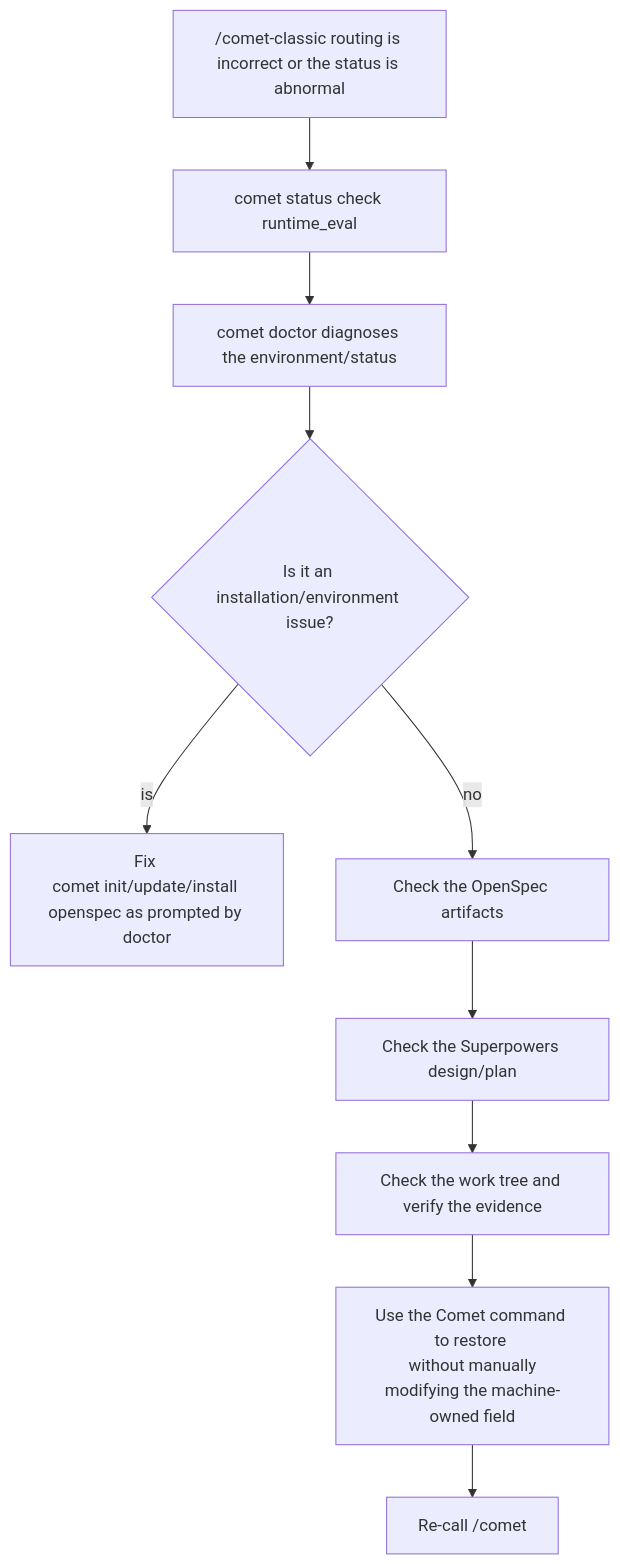
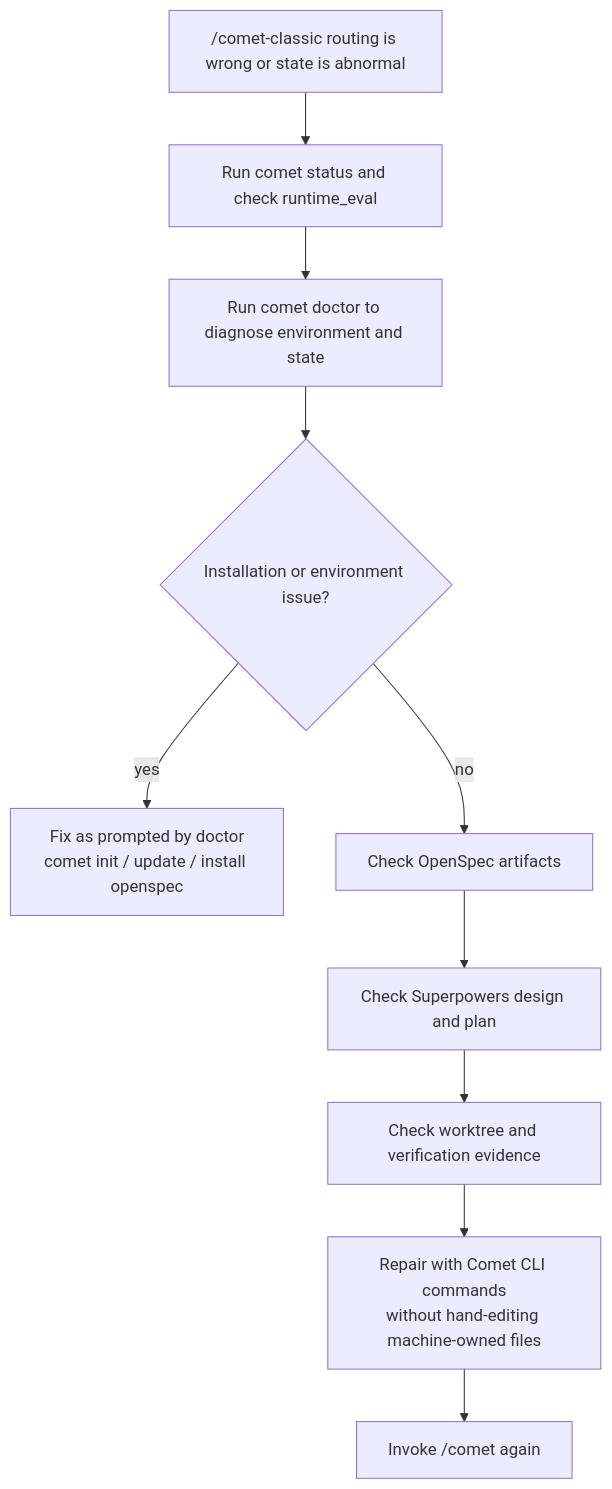
Before and after one commit to rpamis/comet-website-docs: the diagram in en/guides/state-recovery.mdx, drawn with Mermaid. The commit also changed other lines of this file and 88 other files, not shown here.

````diff
--- a/en/guides/state-recovery.mdx
+++ b/en/guides/state-recovery.mdx
@@ -87,12 +88,12 @@
 ```mermaid
 flowchart TD
-  A["/comet-classic routing is incorrect or the status is abnormal"] --> B["comet status check runtime_eval"]
-  B --> C["comet doctor diagnoses the environment/status"]
-  C --> D{"Is it an installation/environment issue?"}
-  D -->|is| E["Fix <br/>comet init/update/install openspec as prompted by doctor"]
-  D -->|no| F["Check the OpenSpec artifacts"]
-  F --> G["Check the Superpowers design/plan"]
-  G --> H["Check the work tree and verify the evidence"]
-  H --> I["Use the Comet command to restore <br/> without manually modifying the machine-owned field"]
-  I --> J["Re-call /comet"]
+  A["/comet-classic routing is wrong or state is abnormal"] --> B["Run comet status and check runtime_eval"]
+  B --> C["Run comet doctor to diagnose environment and state"]
+  C --> D{"Installation or environment issue?"}
+  D -->|yes| E["Fix as prompted by doctor<br/>comet init / update / install openspec"]
+  D -->|no| F["Check OpenSpec artifacts"]
+  F --> G["Check Superpowers design and plan"]
+  G --> H["Check worktree and verification evidence"]
+  H --> I["Repair with Comet CLI commands<br/>without hand-editing machine-owned files"]
+  I --> J["Invoke /comet again"]
 ```
````
